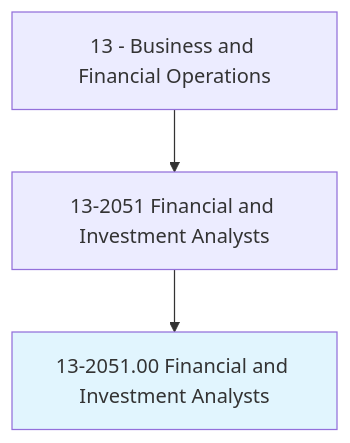
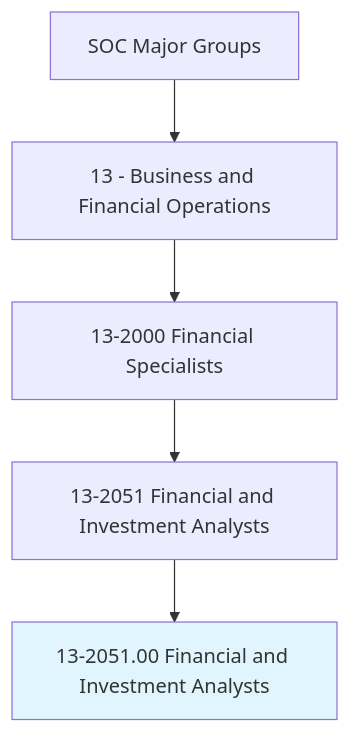
Before and after one commit to kziemski/business.org.ai: the first of 4 diagrams in occupations/Business/FinancialAndInvestmentAnalysts.mdx, drawn with Mermaid. The commit also changed other lines of this file and 938 other files, not shown here.

````diff
--- a/occupations/Business/FinancialAndInvestmentAnalysts.mdx
+++ b/occupations/Business/FinancialAndInvestmentAnalysts.mdx
@@ -19,6 +26,8 @@
 ```mermaid
 graph TD
-    Cat13["13 - Business and Financial Operations"] --> Group132051["13-2051 Financial and Investment Analysts"]
-    Group132051 --> Current["13-2051.00 Financial and Investment Analysts"]
+    SOC["SOC Major Groups"] --> Cat13["13 - Business and Financial Operations"]
+    Cat13 --> G132["13-2000 Financial Specialists"]
+    G132 --> Base2051["13-2051 Financial and Investment Analysts"]
+    Base2051 --> Current["13-2051.00 Financial and Investment Analysts"]
     style Current fill:#e1f5fe
 ```
````
